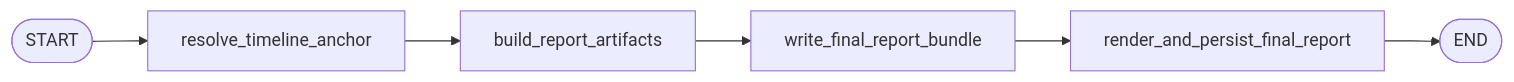
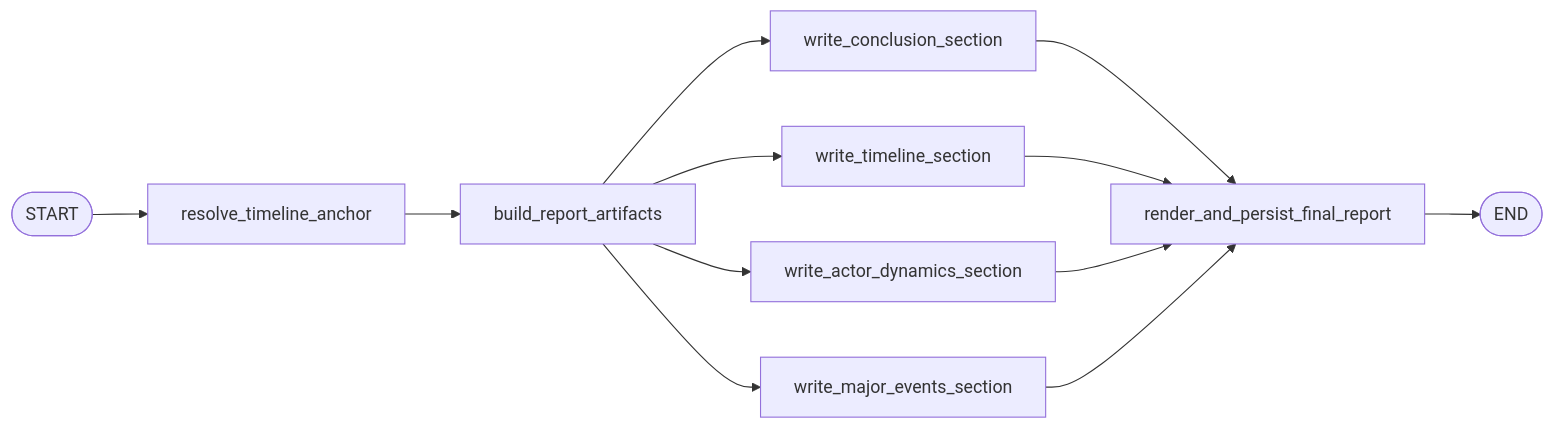
Before and after one commit to keonho-kim/simula: the diagram in docs/workflows/finalization.md, drawn with Mermaid. The commit also changed other lines of this file and 39 other files, not shown here.

````diff
--- a/docs/workflows/finalization.md
+++ b/docs/workflows/finalization.md
@@ -9,8 +9,14 @@
 ```mermaid
 flowchart LR
     Start([START]) --> Anchor["resolve_timeline_anchor"]
     Anchor --> Artifacts["build_report_artifacts"]
-    Artifacts --> Bundle["write_final_report_bundle"]
-    Bundle --> Render["render_and_persist_final_report"]
+    Artifacts --> Conclusion["write_conclusion_section"]
+    Artifacts --> Timeline["write_timeline_section"]
+    Artifacts --> Dynamics["write_actor_dynamics_section"]
+    Artifacts --> Events["write_major_events_section"]
+    Conclusion --> Render["render_and_persist_final_report"]
+    Timeline --> Render
+    Dynamics --> Render
+    Events --> Render
     Render --> End([END])
 ```
````
